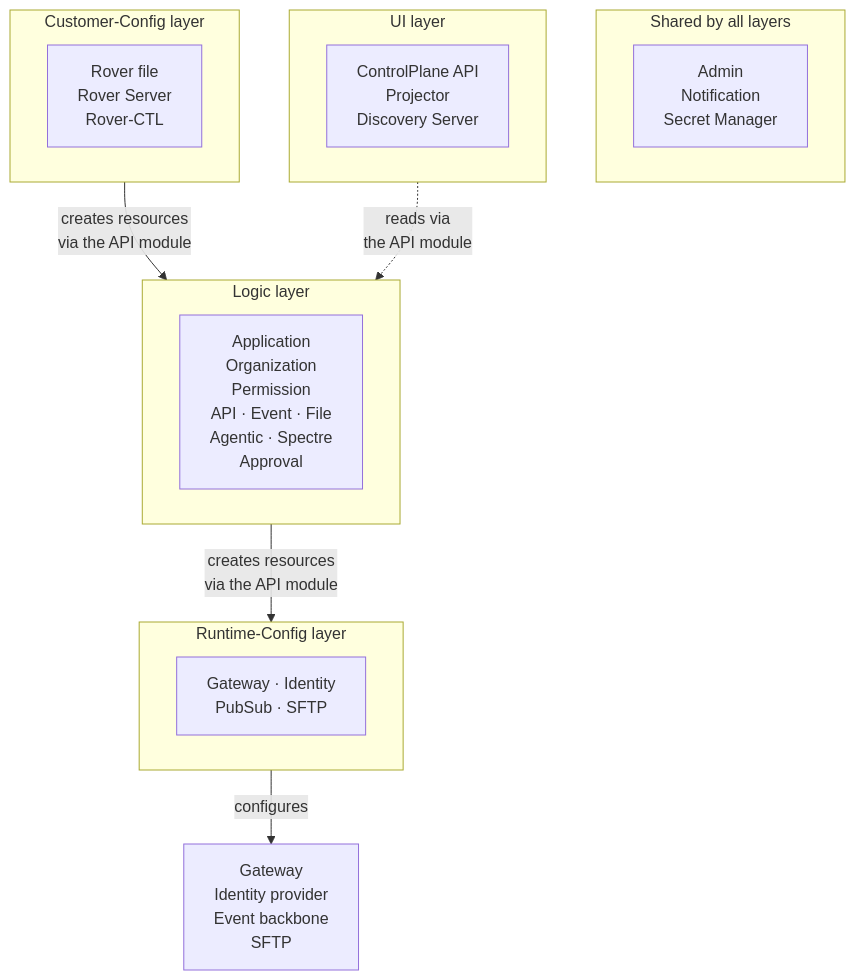
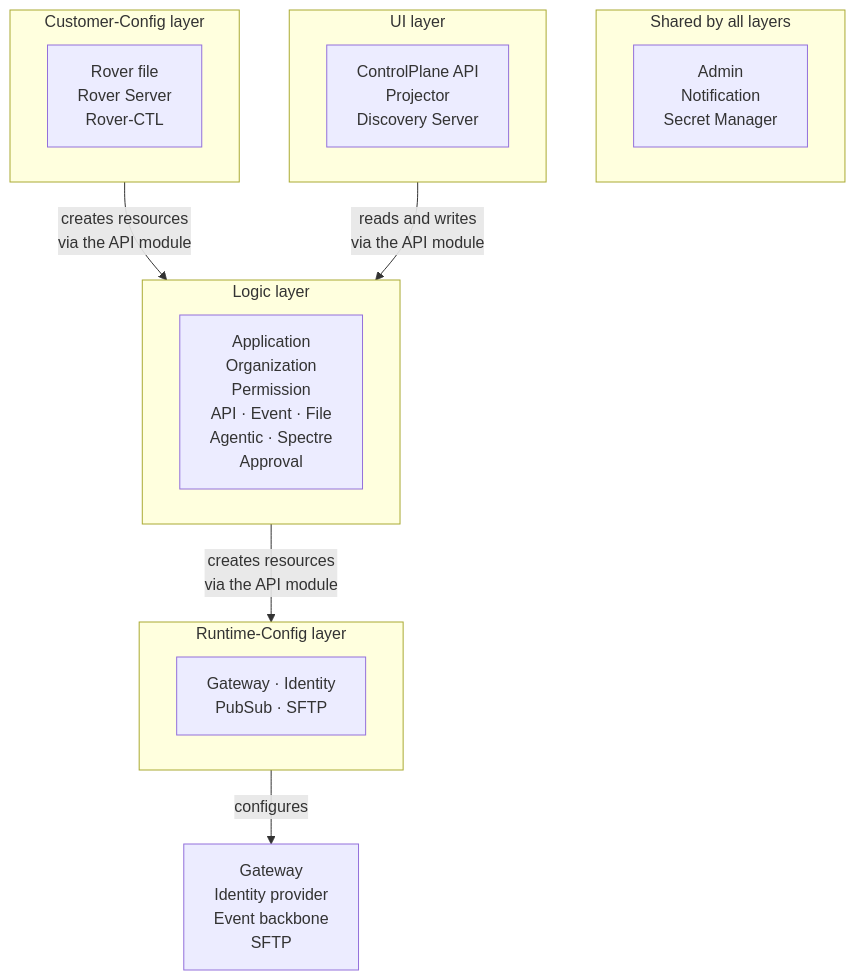
One commit to telekom/controlplane changed the diagram in docs/docs/decisions/0001-layers-see-only-the-api-module-of-the-layer-below.md. Above: the diagram before and after it, drawn with Mermaid. The commit also changed other lines of this file and 5 other files, not shown here.

````diff
--- a/docs/docs/decisions/0001-layers-see-only-the-api-module-of-the-layer-below.md
+++ b/docs/docs/decisions/0001-layers-see-only-the-api-module-of-the-layer-below.md
@@ -63,22 +77,22 @@
 ```mermaid
 flowchart TD
     subgraph SH["Shared by all layers"]
         Shared["Admin<br/>Notification<br/>Secret Manager"]
     end
     subgraph CC["Customer-Config layer"]
         Rover["Rover file<br/>Rover Server<br/>Rover-CTL"]
     end
     subgraph UI["UI layer"]
         Read["ControlPlane API<br/>Projector<br/>Discovery Server"]
     end
     subgraph LG["Logic layer"]
         Logic["Application<br/>Organization<br/>Permission<br/>API · Event · File<br/>Agentic · Spectre<br/>Approval"]
     end
     subgraph RT["Runtime-Config layer"]
         Runtime["Gateway · Identity<br/>PubSub · SFTP"]
     end
     CC -->|"creates resources<br/>via the API module"| LG
-    UI -.->|"reads via<br/>the API module"| LG
+    UI -->|"reads and writes<br/>via the API module"| LG
     LG -->|"creates resources<br/>via the API module"| RT
     RT -->|configures| DataPlane["Gateway<br/>Identity provider<br/>Event backbone<br/>SFTP"]
 ```
````
